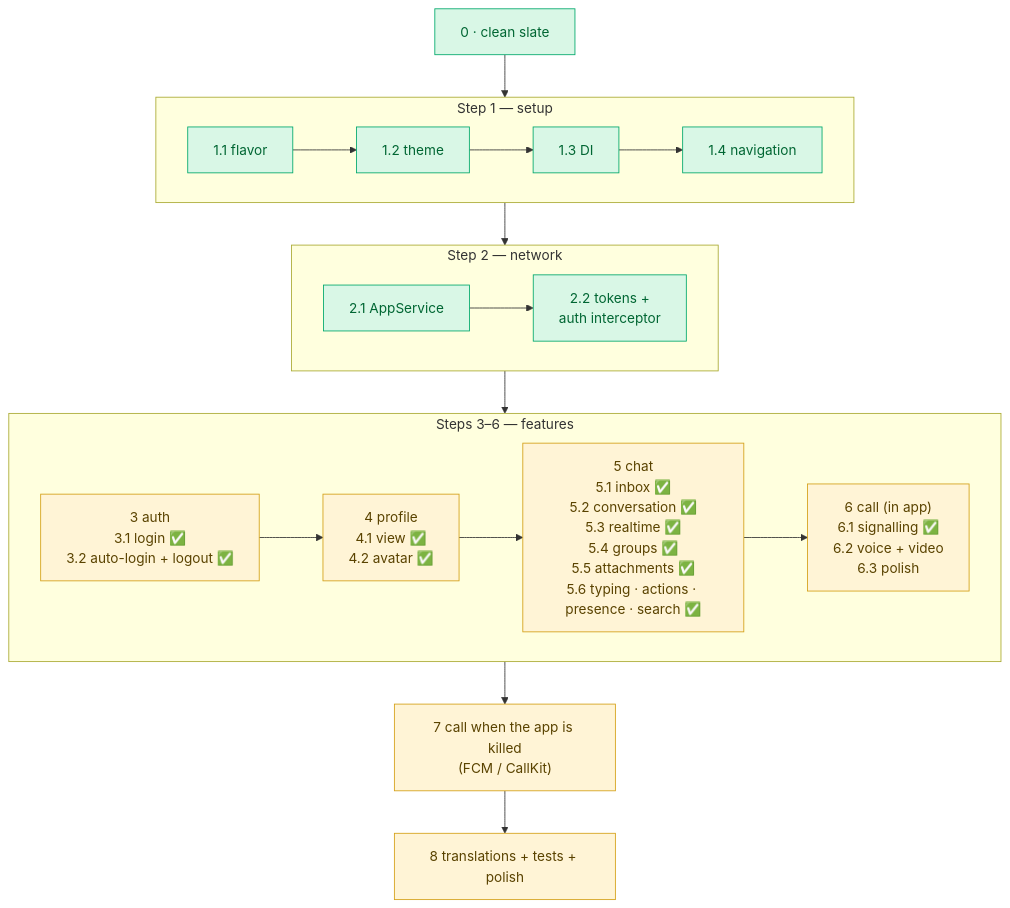
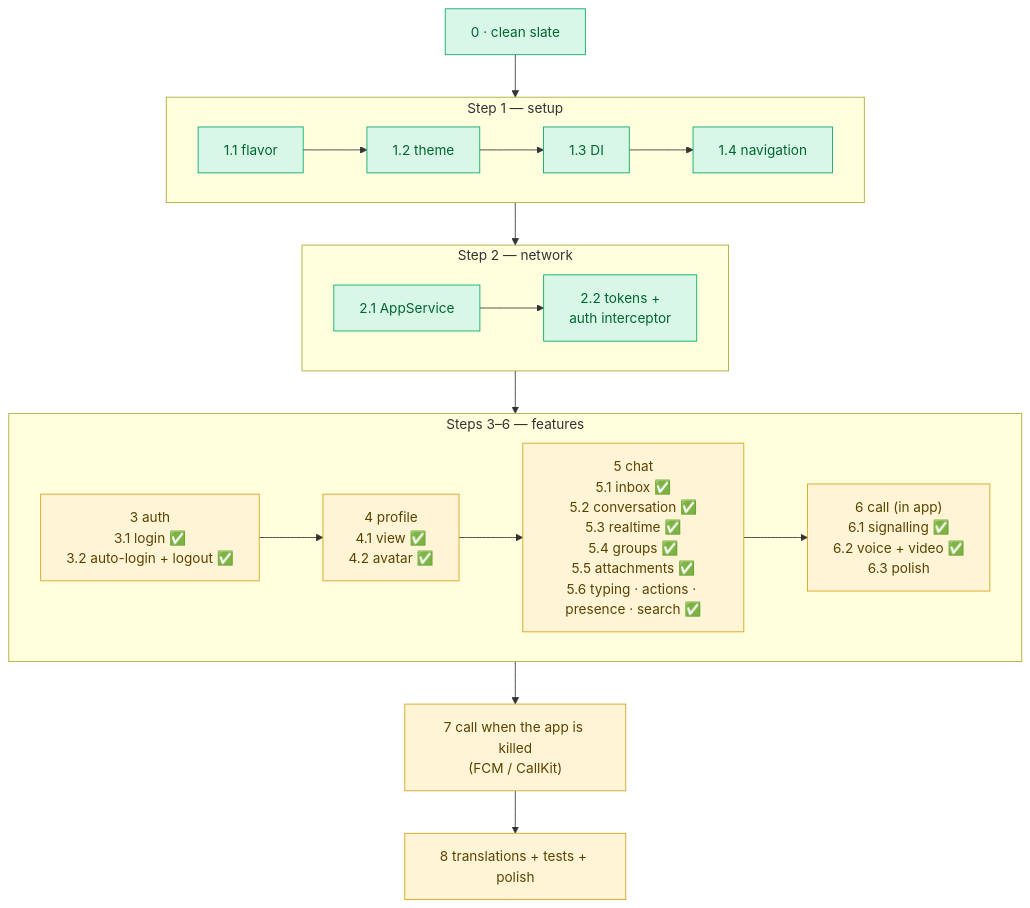
The third of 3 diagrams in docs/learning/REBUILD/README.md (krouchvanyda/erp_flutter_claude), drawn with Mermaid before and after one commit. The commit also changed other lines of this file and 26 other files, not shown here.

````diff
--- a/docs/learning/REBUILD/README.md
+++ b/docs/learning/REBUILD/README.md
@@ -73,26 +73,26 @@
 ```mermaid
 flowchart TD
     S0["0 · clean slate"] --> STEP1
     subgraph STEP1["Step 1 — setup"]
         direction LR
         S11["1.1 flavor"] --> S12["1.2 theme"] --> S13["1.3 DI"] --> S14["1.4 navigation"]
     end
     STEP1 --> STEP2
     subgraph STEP2["Step 2 — network"]
         direction LR
         S21["2.1 AppService"] --> S22["2.2 tokens +<br/>auth interceptor"]
     end
     STEP2 --> FEATS
     subgraph FEATS["Steps 3–6 — features"]
         direction LR
-        S3["3 auth<br/>3.1 login ✅<br/>3.2 auto-login + logout ✅"] --> S4["4 profile<br/>4.1 view ✅<br/>4.2 avatar ✅"] --> S5["5 chat<br/>5.1 inbox ✅<br/>5.2 conversation ✅<br/>5.3 realtime ✅<br/>5.4 groups ✅<br/>5.5 attachments ✅<br/>5.6 typing · actions · presence · search ✅"] --> S6["6 call (in app)<br/>6.1 signalling ✅<br/>6.2 voice + video<br/>6.3 polish"]
+        S3["3 auth<br/>3.1 login ✅<br/>3.2 auto-login + logout ✅"] --> S4["4 profile<br/>4.1 view ✅<br/>4.2 avatar ✅"] --> S5["5 chat<br/>5.1 inbox ✅<br/>5.2 conversation ✅<br/>5.3 realtime ✅<br/>5.4 groups ✅<br/>5.5 attachments ✅<br/>5.6 typing · actions · presence · search ✅"] --> S6["6 call (in app)<br/>6.1 signalling ✅<br/>6.2 voice + video ✅<br/>6.3 polish"]
     end
     FEATS --> S7["7 call when the app is killed<br/>(FCM / CallKit)"] --> S8["8 translations + tests + polish"]
     class S0,S11,S12,S13,S14,S21,S22 ok
     class S3,S4,S5,S6,S7,S8 wait
     classDef app fill:#dbe9ff,stroke:#3b6fd8,color:#123
     classDef ok fill:#d9f7e6,stroke:#00a86b,color:#063
     classDef wait fill:#fff4d6,stroke:#d4a017,color:#5a4300
     classDef none fill:#eeeeee,stroke:#999,color:#555
     classDef err fill:#fde2e2,stroke:#d64545,color:#611
 ```
````
